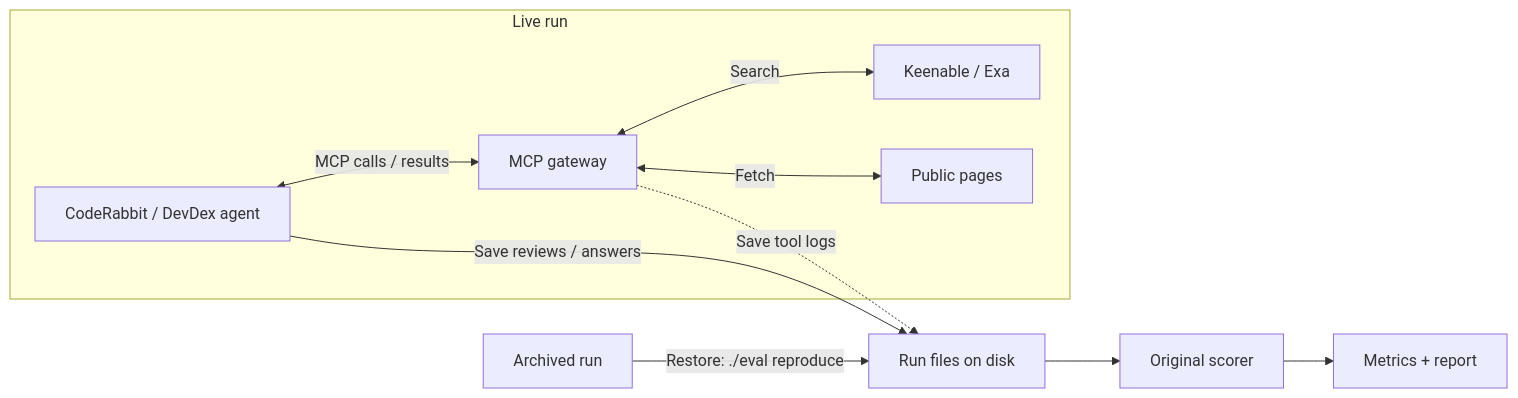
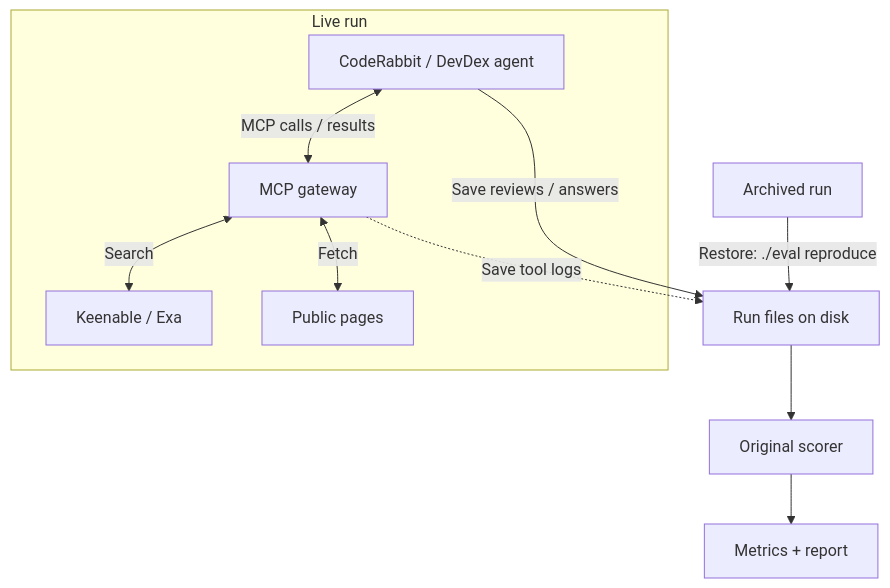
One commit to Alpus/keenable-search-eval changed the diagram in README.md. Above: the diagram before and after it, drawn with Mermaid.

Commit message:
Use a vertical diagram for readable request and replay flows

````diff
--- a/README.md
+++ b/README.md
@@ -77,12 +77,12 @@
 ```mermaid
-flowchart LR
+flowchart TB
     subgraph Live[Live run]
         A[CodeRabbit / DevDex agent] <-->|MCP calls / results| G[MCP gateway]
         G <-->|Search| P[Keenable / Exa]
         G <-->|Fetch| W[Public pages]
     end
     A -->|Save reviews / answers| E[Run files on disk]
     G -.->|Save tool logs| E
     B[Archived run] -->|Restore: ./eval reproduce| E
     E --> S[Original scorer] --> R[Metrics + report]
 ```
````
